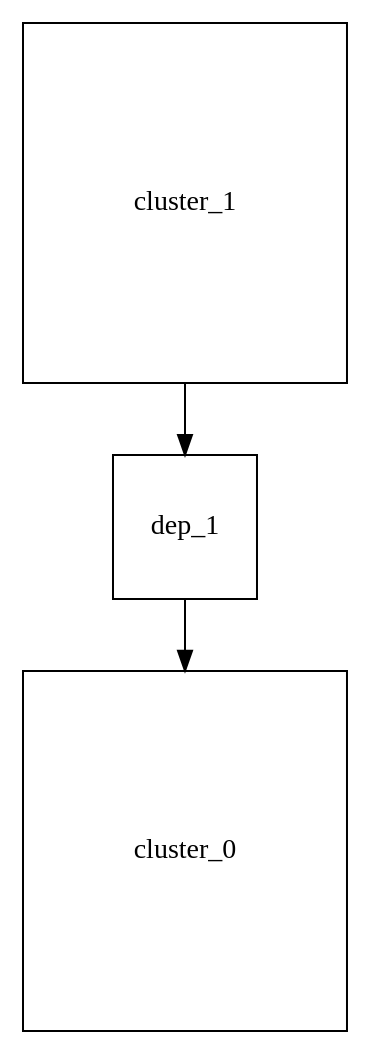
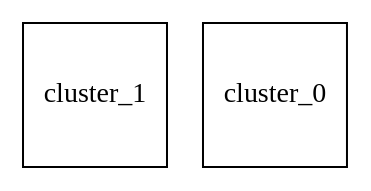
The diagram in protected/runtime/temp.dot (stefanrinderle/SoftViz3D), drawn with Graphviz before and after one commit. The commit also changed 8 other files, not shown here.

```diff
--- a/protected/runtime/temp.dot
+++ b/protected/runtime/temp.dot
@@ -1,7 +1,4 @@
 digraph G {
-    cluster_1 [ shape=rectangle,width=2.25,height=2.5,fixedsize=true,type="node" ];
-    cluster_0 [ shape=rectangle,width=2.25,height=2.5,fixedsize=true,type="node" ];
-    dep_1 [ shape=rectangle,width=1,height=1,fixedsize=true,type=leaf ];
-    dep_1 -> cluster_0;
-    cluster_1 -> dep_1;
+    cluster_1 [ shape=rectangle,width=1,height=1,fixedsize=true,type="node" ];
+    cluster_0 [ shape=rectangle,width=1,height=1,fixedsize=true,type="node" ];
 }
```
